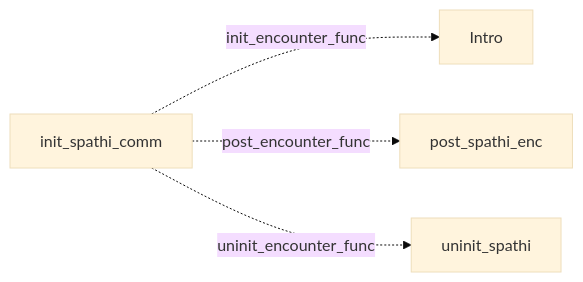
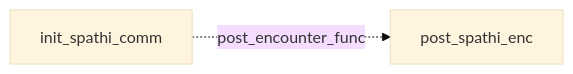
One commit to yost-jacob/uqm-cpp17 changed the diagram in docs/design/conversation/catalog/spathi.md. Above: the diagram before and after it, drawn with Mermaid (base theme). The commit also changed other lines of this file and 77 other files, not shown here.

Commit message:
Migrate nine more stories and replace native turn stubs with graph lifecycle

````diff
--- a/docs/design/conversation/catalog/spathi.md
+++ b/docs/design/conversation/catalog/spathi.md
@@ -23,10 +21,6 @@
 ```mermaid
 flowchart LR
-    n0["Intro"]
-    n1["uninit_spathi"]
-    n2["post_spathi_enc"]
-    n3["init_spathi_comm"]
-    n3 -. "init_encounter_func" .-> n0
-    n3 -. "post_encounter_func" .-> n2
-    n3 -. "uninit_encounter_func" .-> n1
+    n0["post_spathi_enc"]
+    n1["init_spathi_comm"]
+    n1 -. "post_encounter_func" .-> n0
 ```
````
